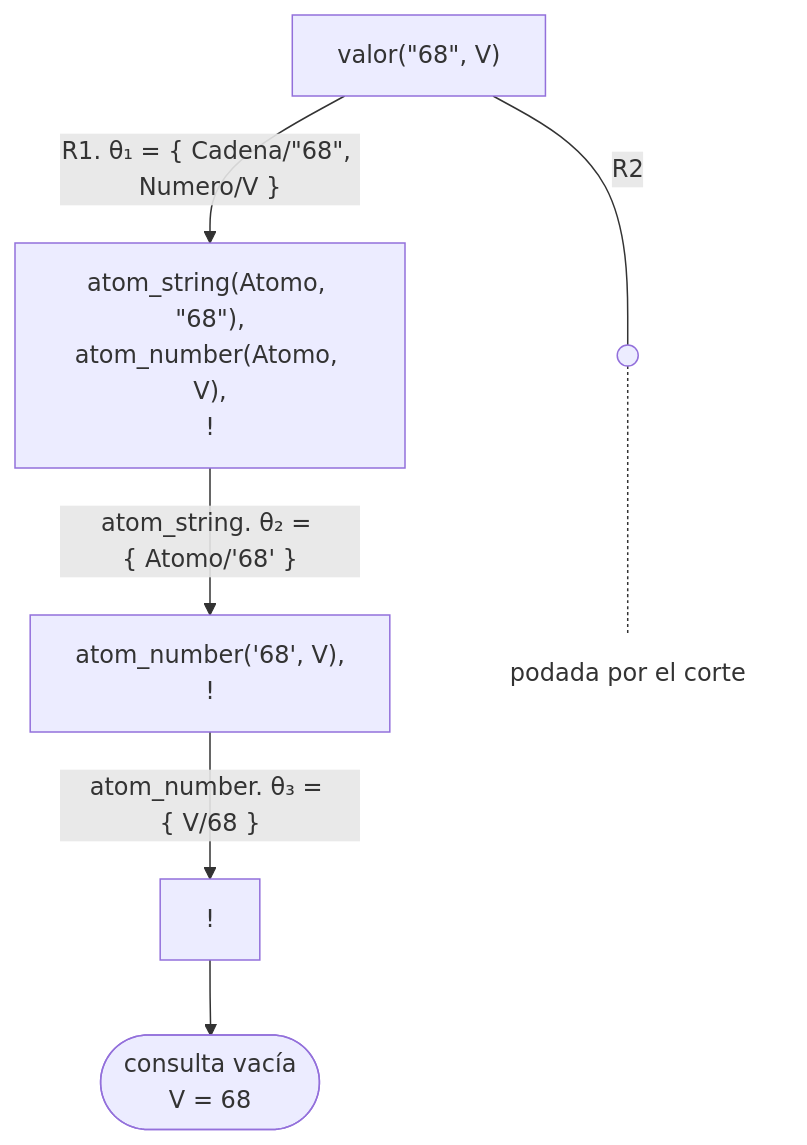
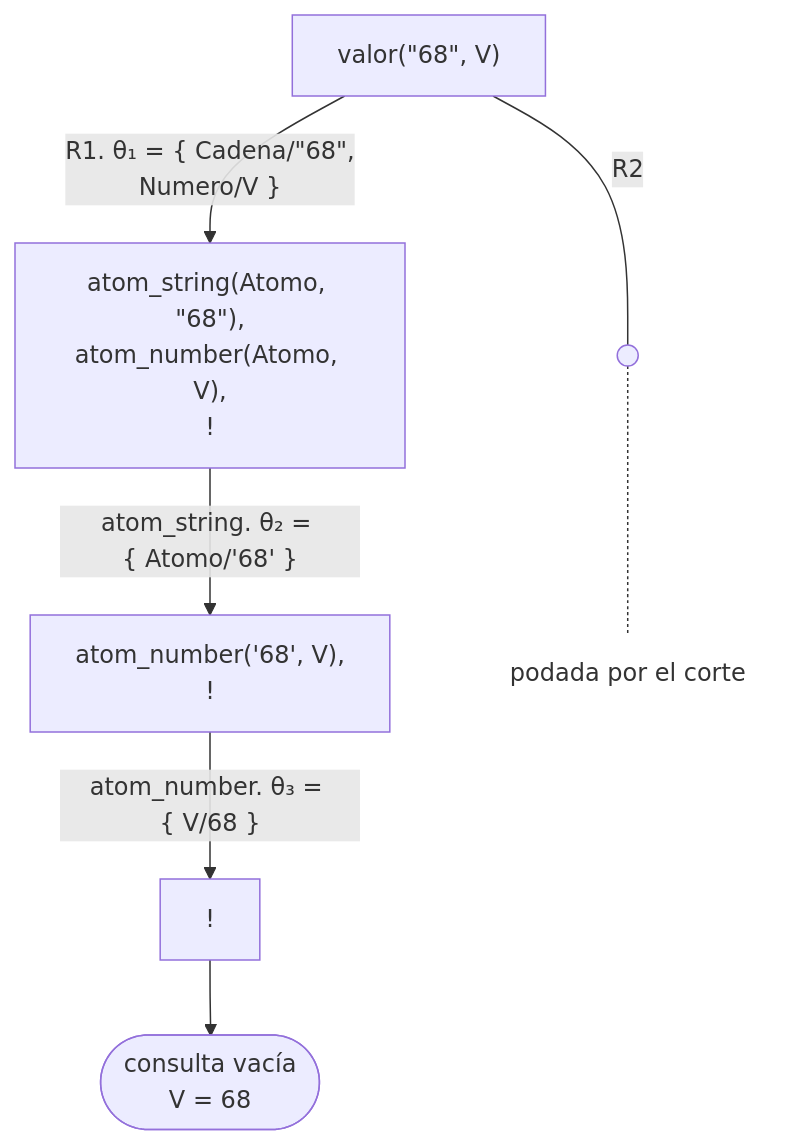
One commit to CesarBallardini/curso-de-prolog changed the first of 3 diagrams in docs/capitulo-11-texto/soluciones.md. Above: the diagram before and after it, drawn with Mermaid. The commit also changed other lines of this file and 24 other files, not shown here.

First line of the commit message:
feat(docs): botones para ocultar las columnas laterales y etiquetas cortas en los diagramas

````diff
--- a/docs/capitulo-11-texto/soluciones.md
+++ b/docs/capitulo-11-texto/soluciones.md
@@ -397,10 +397,10 @@
 ```mermaid
 flowchart TD
-    A["valor(#quot;68#quot;, V)"] -- "R1. θ₁ = {&nbsp;Cadena/#quot;68#quot;, Numero/V&nbsp;}" --> B["atom_string(Atomo, #quot;68#quot;),<br/>atom_number(Atomo, V),<br/>!"]
+    A["valor(#quot;68#quot;, V)"] -- "R1. θ₁ = {&nbsp;Cadena/#quot;68#quot;,<br/>Numero/V&nbsp;}" --> B["atom_string(Atomo, #quot;68#quot;),<br/>atom_number(Atomo, V),<br/>!"]
     B -- "atom_string. θ₂ = {&nbsp;Atomo/'68'&nbsp;}" --> C["atom_number('68', V),<br/>!"]
     C -- "atom_number. θ₃ = {&nbsp;V/68&nbsp;}" --> D["!"]
     D --> S(["consulta vacía<br/>V = 68"])
     A -- "R2" --- p@{ shape: sm-circ } -.- n["podada por el corte"]
     classDef abierto fill:none,stroke:none;
     class n abierto;
 ```
````
